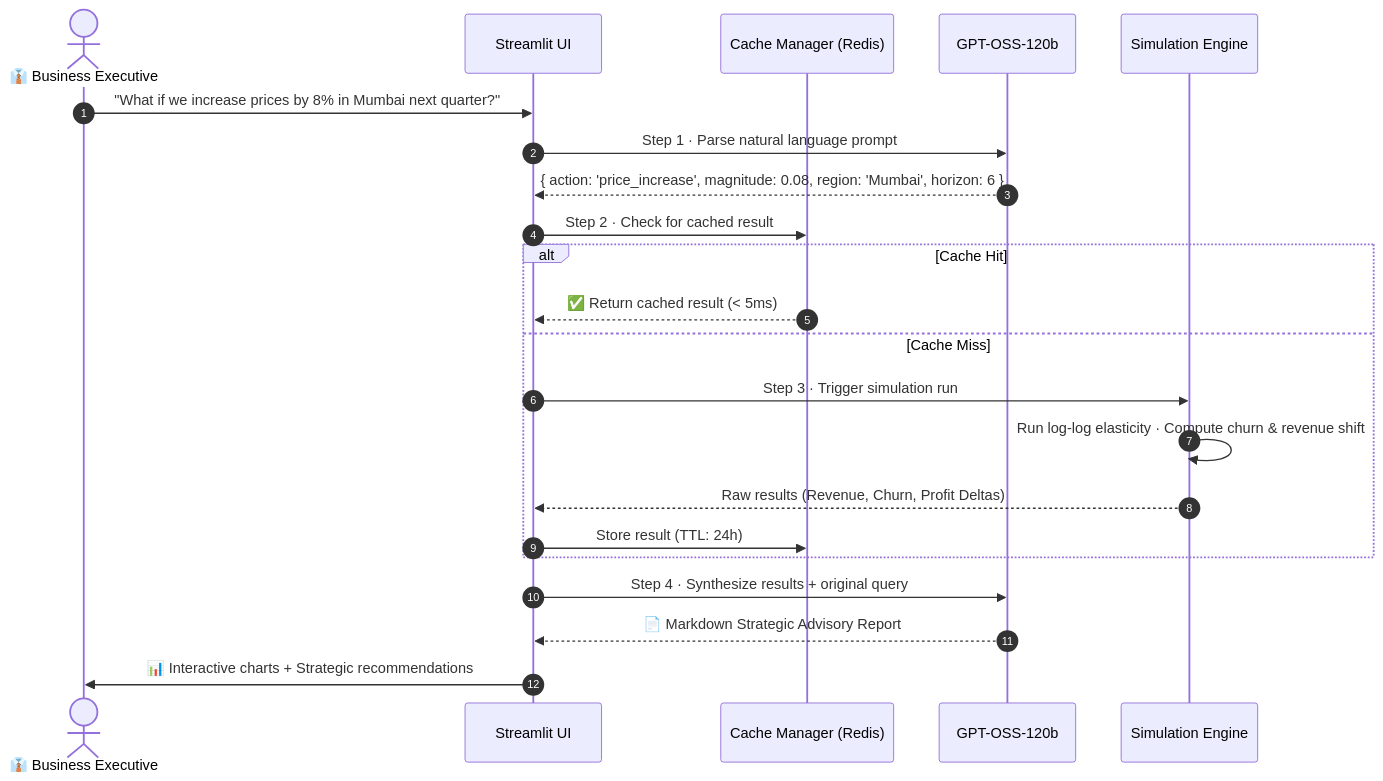
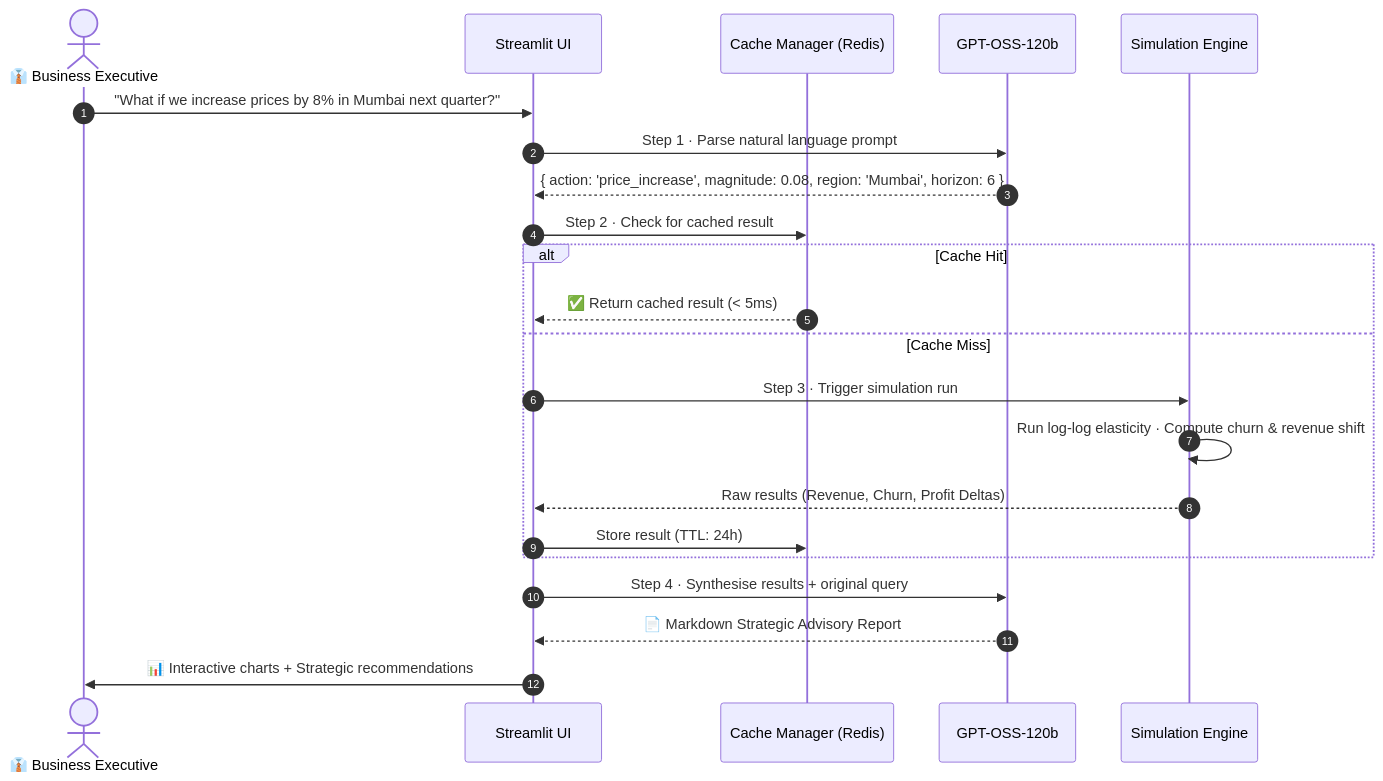
One commit to TaneshG13/AI-Powered-Business-Experimentation-and-Decision-Simulator changed the second of 2 diagrams in README.md. Above: the diagram before and after it, drawn with Mermaid. The commit also changed other lines of this file, not shown here.

````diff
--- a/README.md
+++ b/README.md
@@ -85,27 +88,27 @@
 ```mermaid
 sequenceDiagram
     autonumber
     actor Exec as 👔 Business Executive
     participant UI as Streamlit UI
     participant Cache as Cache Manager (Redis)
     participant LLM as GPT-OSS-120b
     participant Sim as Simulation Engine
 
     Exec->>UI: "What if we increase prices by 8% in Mumbai next quarter?"
     UI->>LLM: Step 1 · Parse natural language prompt
     LLM-->>UI: { action: 'price_increase', magnitude: 0.08, region: 'Mumbai', horizon: 6 }
 
     UI->>Cache: Step 2 · Check for cached result
     alt Cache Hit
         Cache-->>UI: ✅ Return cached result (< 5ms)
     else Cache Miss
         UI->>Sim: Step 3 · Trigger simulation run
         Sim->>Sim: Run log-log elasticity · Compute churn & revenue shift
         Sim-->>UI: Raw results (Revenue, Churn, Profit Deltas)
         UI->>Cache: Store result (TTL: 24h)
     end
 
-    UI->>LLM: Step 4 · Synthesize results + original query
+    UI->>LLM: Step 4 · Synthesise results + original query
     LLM-->>UI: 📄 Markdown Strategic Advisory Report
     UI->>Exec: 📊 Interactive charts + Strategic recommendations
 ```
````
